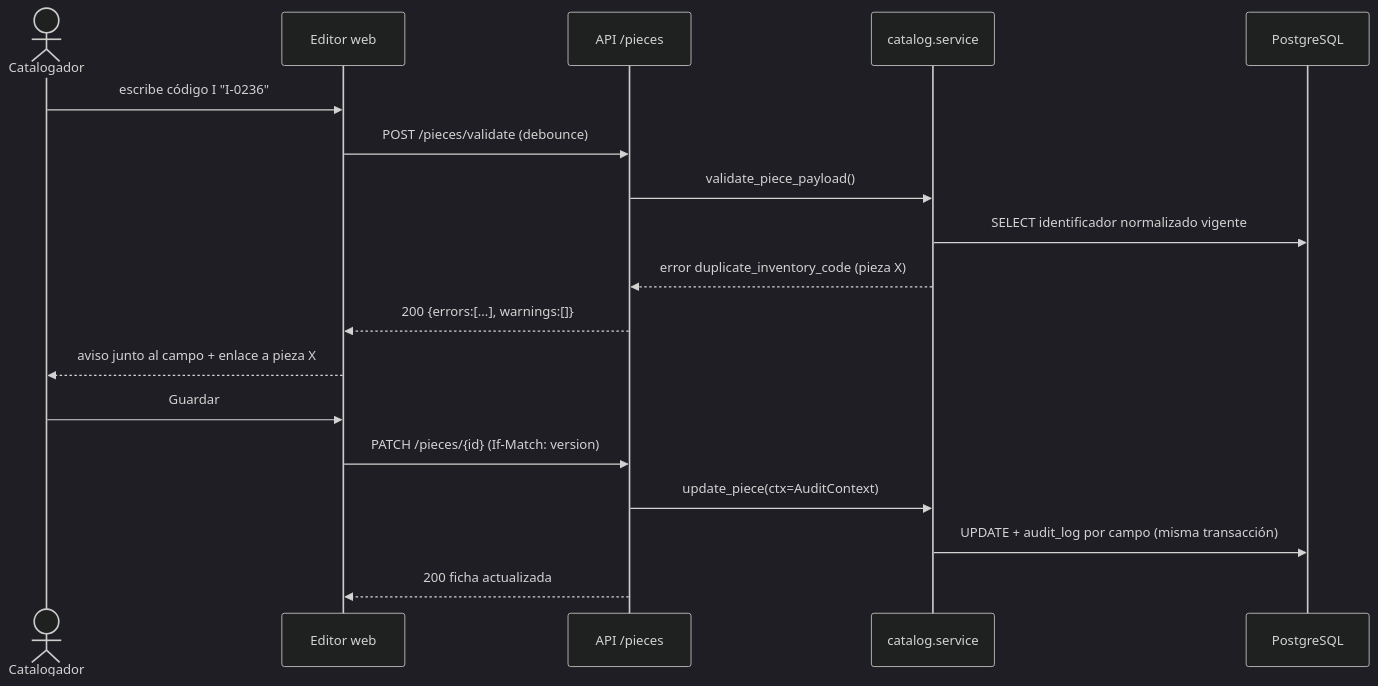
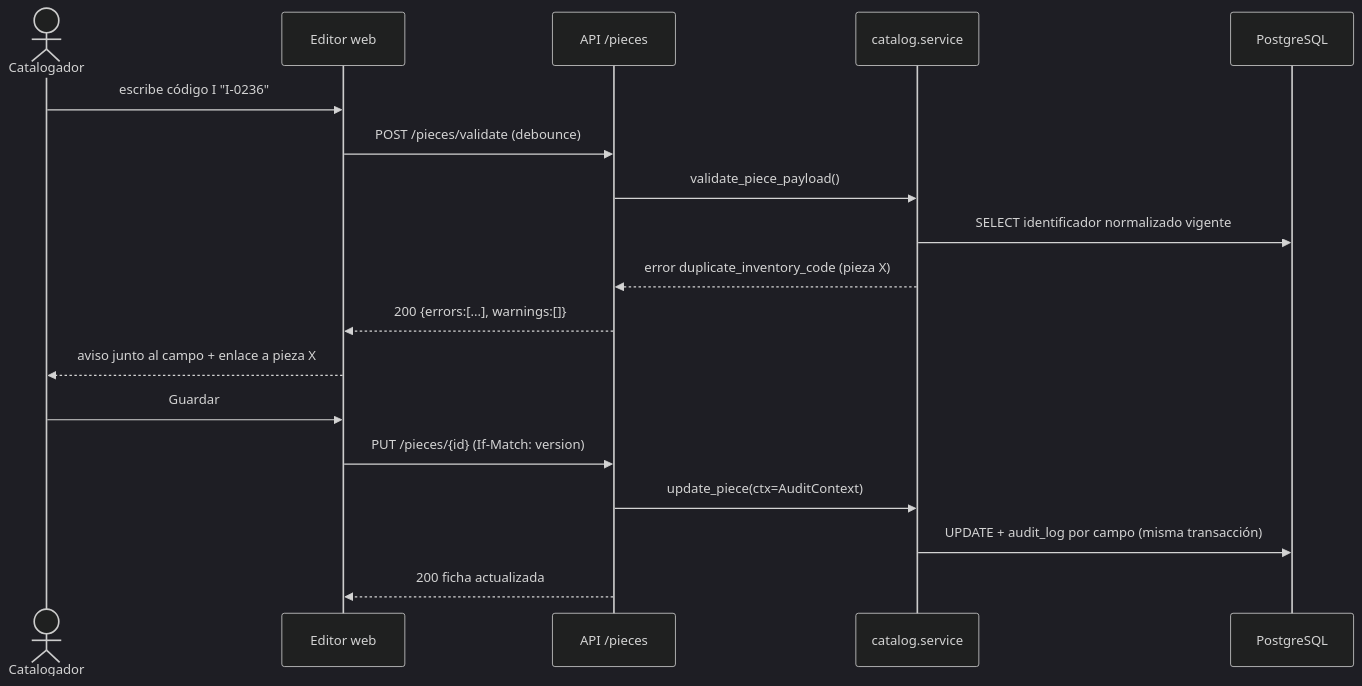
Before and after one commit to AndreAsenjo18/MATP-PUCP: the diagram in openspec/changes/ficha-pieza-crud/design.md, drawn with Mermaid (dark theme). The commit also changed other lines of this file and 23 other files, not shown here.

````diff
--- a/openspec/changes/ficha-pieza-crud/design.md
+++ b/openspec/changes/ficha-pieza-crud/design.md
@@ -27,20 +27,20 @@
 ```mermaid
 sequenceDiagram
     actor C as Catalogador
     participant W as Editor web
     participant A as API /pieces
     participant S as catalog.service
     participant DB as PostgreSQL
     C->>W: escribe código I "I-0236"
     W->>A: POST /pieces/validate (debounce)
     A->>S: validate_piece_payload()
     S->>DB: SELECT identificador normalizado vigente
     S-->>A: error duplicate_inventory_code (pieza X)
     A-->>W: 200 {errors:[...], warnings:[]}
     W-->>C: aviso junto al campo + enlace a pieza X
     C->>W: Guardar
-    W->>A: PATCH /pieces/{id} (If-Match: version)
+    W->>A: PUT /pieces/{id} (If-Match: version)
     A->>S: update_piece(ctx=AuditContext)
     S->>DB: UPDATE + audit_log por campo (misma transacción)
     A-->>W: 200 ficha actualizada
 ```
````
